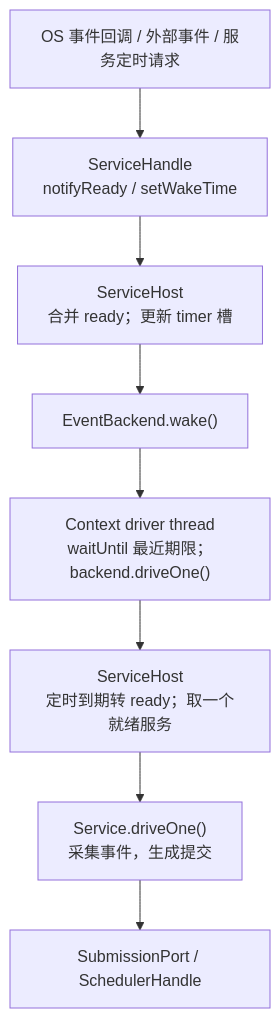
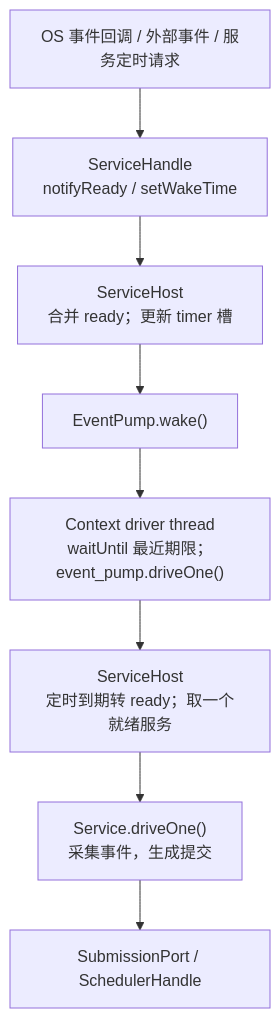
Before and after one commit to mmmmmcree/async: the fourth of 7 diagrams in CORE_ARCHITECTURE.md, drawn with Mermaid. The commit also changed other lines of this file and 20 other files, not shown here.

````diff
--- a/CORE_ARCHITECTURE.md
+++ b/CORE_ARCHITECTURE.md
@@ -64,11 +70,11 @@
 ```mermaid
 flowchart TB
     source["OS 事件回调 / 外部事件 / 服务定时请求"]
     source --> handle["ServiceHandle<br/>notifyReady / setWakeTime"]
     handle --> registration["ServiceHost<br/>合并 ready；更新 timer 槽"]
-    registration --> wake["EventBackend.wake()"]
-    wake --> wait["Context driver thread<br/>waitUntil 最近期限；backend.driveOne()"]
+    registration --> wake["EventPump.wake()"]
+    wake --> wait["Context driver thread<br/>waitUntil 最近期限；event_pump.driveOne()"]
     wait --> ready["ServiceHost<br/>定时到期转 ready；取一个就绪服务"]
     ready --> service["Service.driveOne()<br/>采集事件，生成提交"]
     service --> submit["SubmissionPort / SchedulerHandle"]
 ```
````
